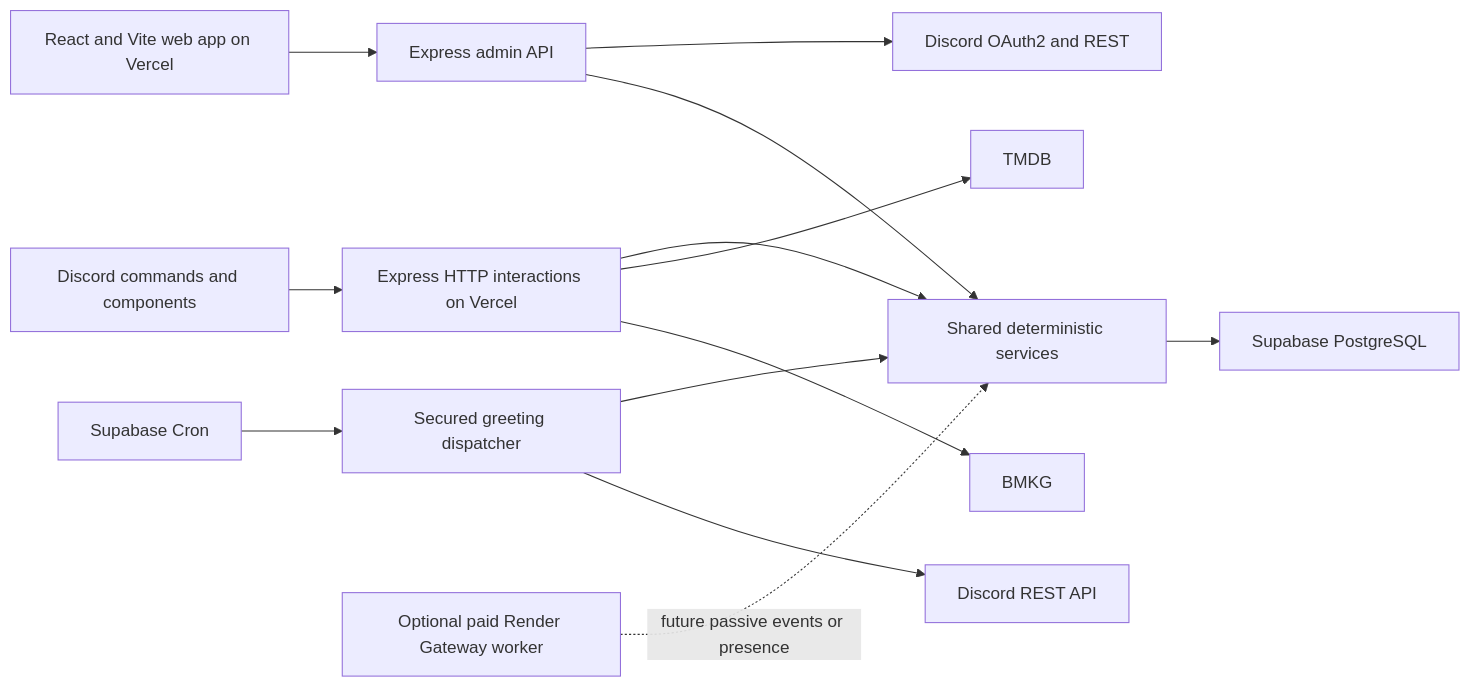
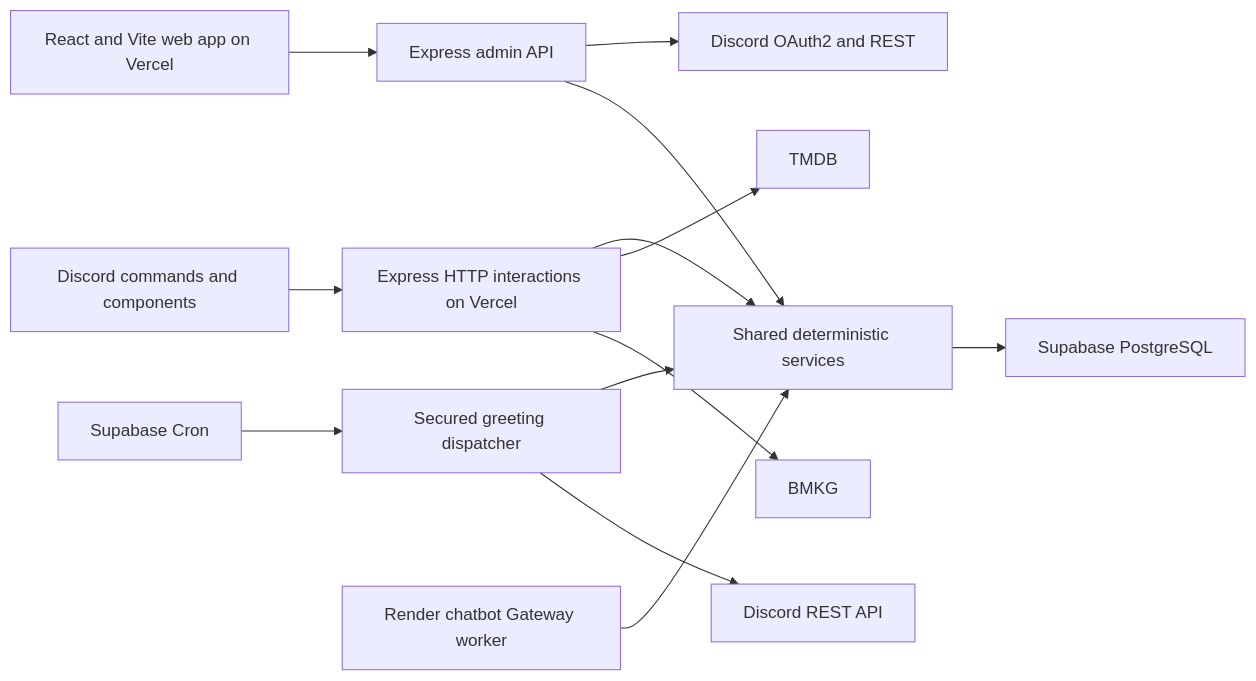
Before and after one commit to LeonoreKingdom/Leone: the diagram in docs/PRD.md, drawn with Mermaid. The commit also changed other lines of this file and 26 other files, not shown here.

Commit message:
Add interactive chatbot worker and admin knowledge controls

````diff
--- a/docs/PRD.md
+++ b/docs/PRD.md
@@ -350,15 +370,15 @@
 ```mermaid
 flowchart LR
     D["Discord commands and components"] --> I["Express HTTP interactions on Vercel"]
     B["React and Vite web app on Vercel"] --> A["Express admin API"]
     A --> O["Discord OAuth2 and REST"]
     I --> C["Shared deterministic services"]
     A --> C
     C --> P["Supabase PostgreSQL"]
     I --> T["TMDB"]
     I --> M["BMKG"]
     S["Supabase Cron"] --> X["Secured greeting dispatcher"]
     X --> C
     X --> R["Discord REST API"]
-    F["Optional paid Render Gateway worker"] -. "future passive events or presence" .-> C
+    F["Render chatbot Gateway worker"] --> C
 ```
````
